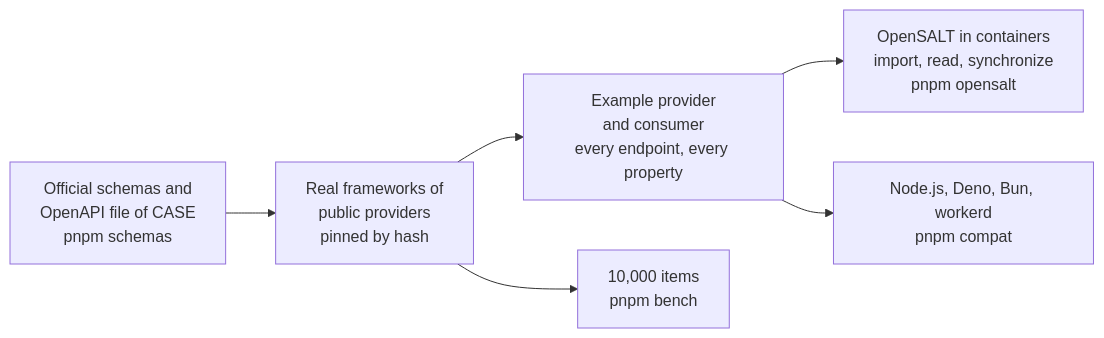
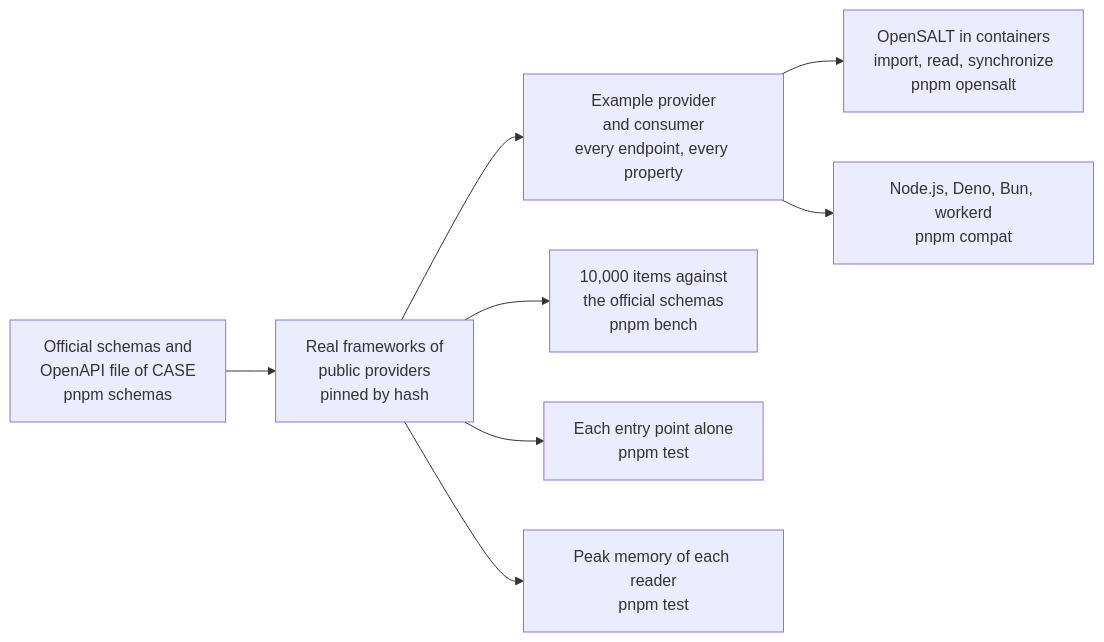
Before and after one commit to interopkit/interopkit: the diagram in docs/competency-frameworks/evidence.md, drawn with Mermaid. The commit also changed other lines of this file and 6 other files, not shown here.

First line of the commit message:
Give the measured speed, entry sizes and peaks of learning-analytics, learning-records and competency-frameworks in their evidence guides

````diff
--- a/docs/competency-frameworks/evidence.md
+++ b/docs/competency-frameworks/evidence.md
@@ -7,8 +8,10 @@
 ```mermaid
 flowchart LR
   schemas["Official schemas and<br/>OpenAPI file of CASE<br/>pnpm schemas"] --> frameworks["Real frameworks of<br/>public providers<br/>pinned by hash"]
   frameworks --> example["Example provider<br/>and consumer<br/>every endpoint, every property"]
   example --> opensalt["OpenSALT in containers<br/>import, read, synchronize<br/>pnpm opensalt"]
   example --> runtimes["Node.js, Deno, Bun, workerd<br/>pnpm compat"]
-  frameworks --> speed["10,000 items<br/>pnpm bench"]
+  frameworks --> speed["10,000 items against<br/>the official schemas<br/>pnpm bench"]
+  frameworks --> size["Each entry point alone<br/>pnpm test"]
+  frameworks --> memory["Peak memory of each reader<br/>pnpm test"]
 ```
````
